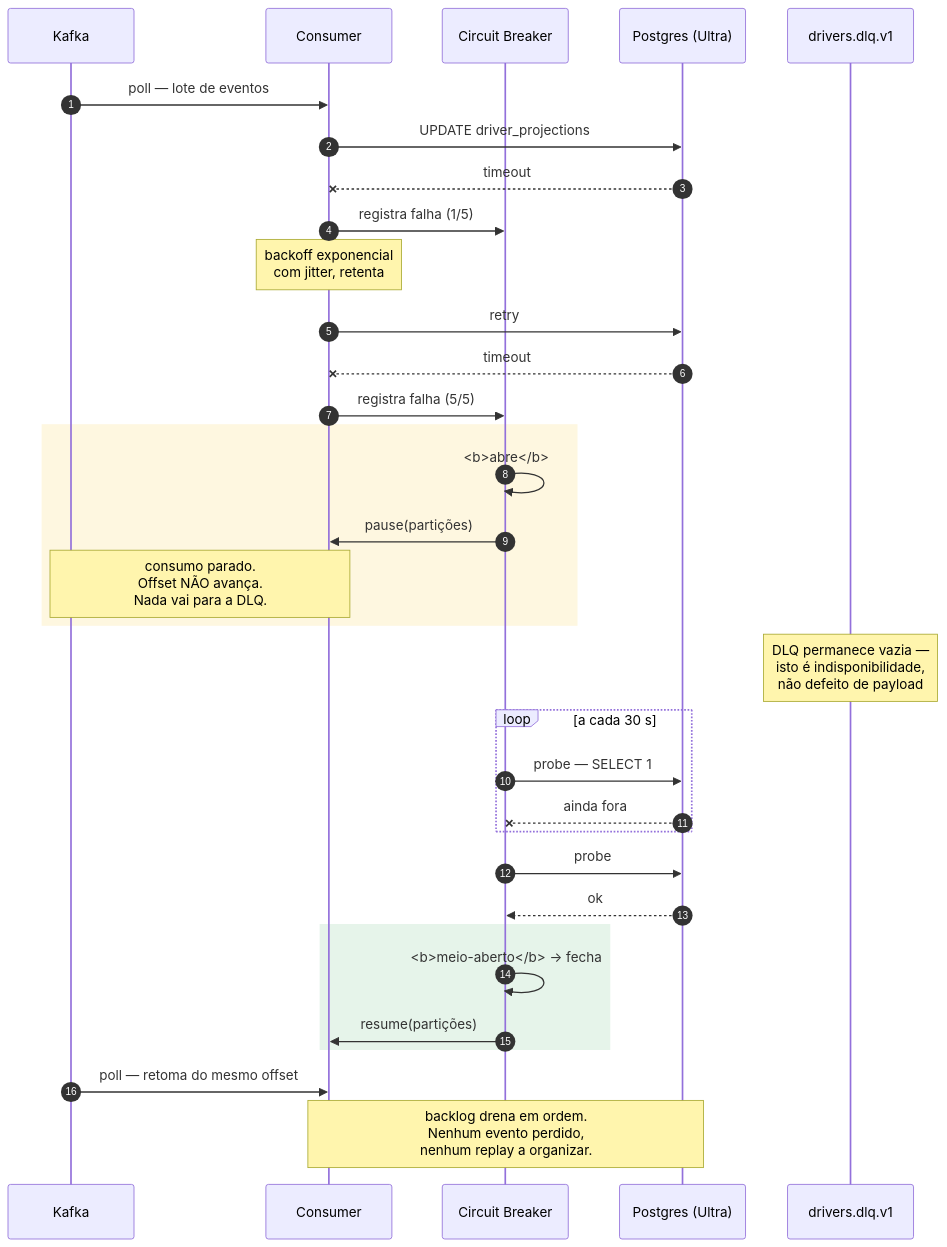
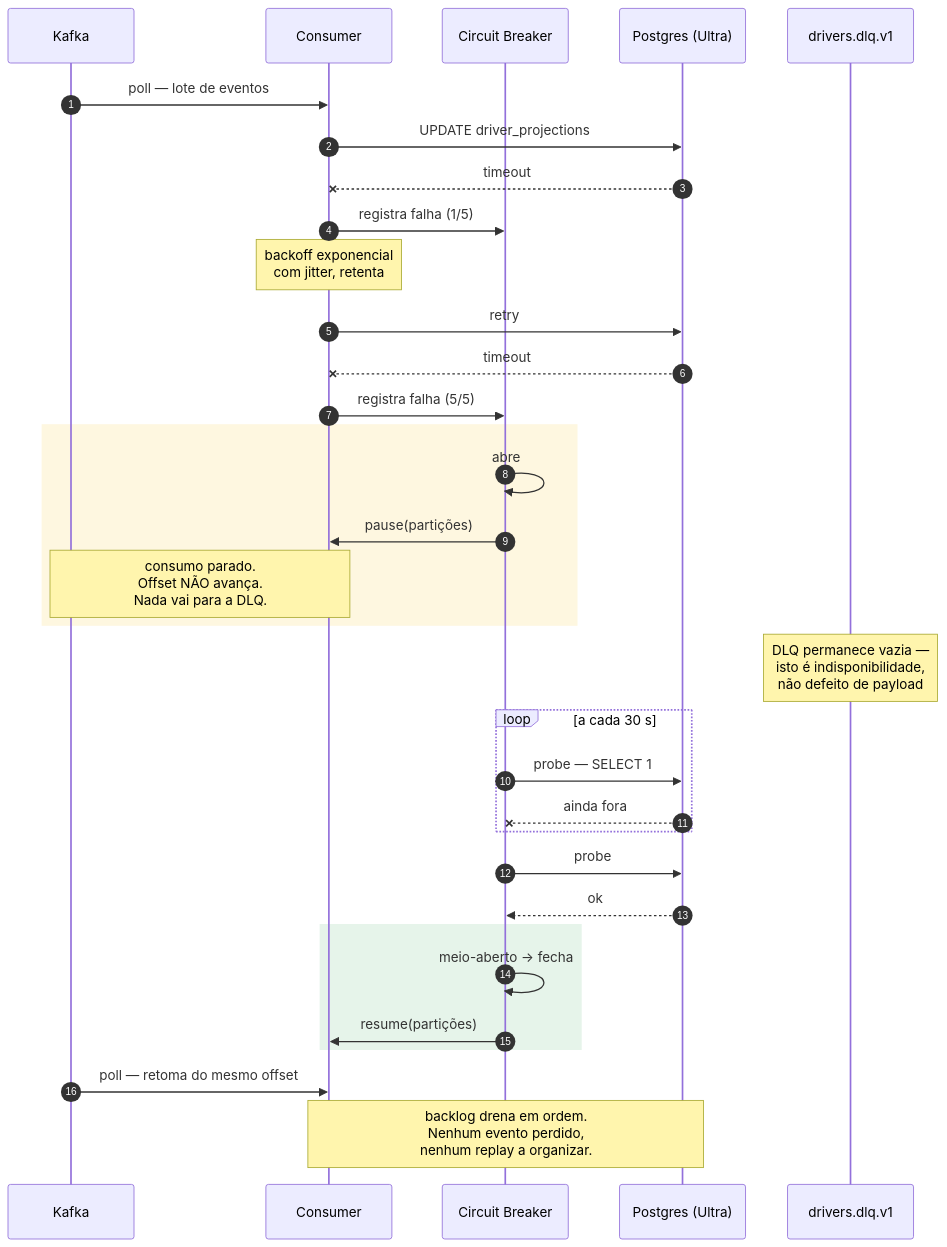
Before and after one commit to elysonromeiro/luizalabs-driver-sync-sdd: the sixth of 6 diagrams in docs/01-arquitetura.md, drawn with Mermaid. The commit also changed other lines of this file and 5 other files, not shown here.

````diff
--- a/docs/01-arquitetura.md
+++ b/docs/01-arquitetura.md
@@ -234,42 +234,42 @@
 ```mermaid
 sequenceDiagram
     autonumber
     participant K as Kafka
     participant C as Consumer
     participant B as Circuit Breaker
     participant PG as Postgres (Ultra)
     participant DLQ as drivers.dlq.v1
 
     K->>C: poll — lote de eventos
     C->>PG: UPDATE driver_projections
     PG--xC: timeout
     C->>B: registra falha (1/5)
     Note over C: backoff exponencial<br/>com jitter, retenta
 
     C->>PG: retry
     PG--xC: timeout
     C->>B: registra falha (5/5)
 
     rect rgb(254, 247, 224)
-        B->>B: <b>abre</b>
+        B->>B: abre
         B->>C: pause(partições)
         Note over C,K: consumo parado.<br/>Offset NÃO avança.<br/>Nada vai para a DLQ.
     end
 
     Note over DLQ: DLQ permanece vazia —<br/>isto é indisponibilidade,<br/>não defeito de payload
 
     loop a cada 30 s
         B->>PG: probe — SELECT 1
         PG--xB: ainda fora
     end
 
     B->>PG: probe
     PG-->>B: ok
     rect rgb(230, 244, 234)
-        B->>B: <b>meio-aberto</b> → fecha
+        B->>B: meio-aberto → fecha
         B->>C: resume(partições)
     end
 
     K->>C: poll — retoma do mesmo offset
     Note over C,PG: backlog drena em ordem.<br/>Nenhum evento perdido,<br/>nenhum replay a organizar.
 ```
````
